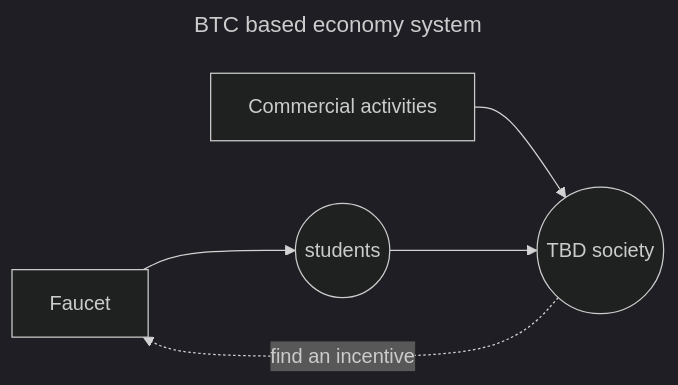
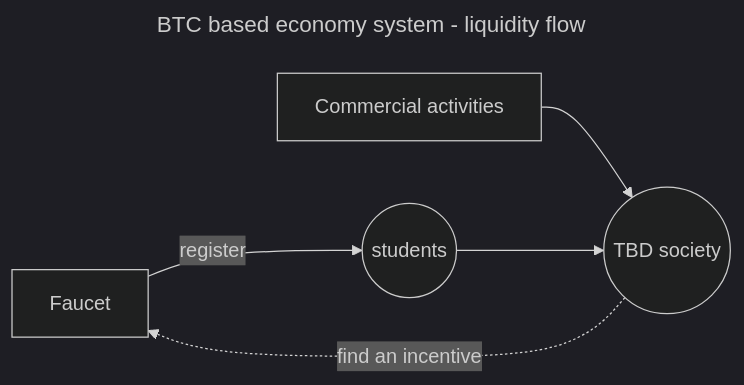
Before and after one commit to cromatikap/coin-society: the diagram in README.md, drawn with Mermaid (dark theme).

````diff
--- a/README.md
+++ b/README.md
@@ -32,10 +32,10 @@
 ```mermaid
 ---
-title: BTC based economy system
+title: BTC based economy system - liquidity flow
 ---
 flowchart LR
-    Faucet --> Students((students))
+    Faucet --register--> Students((students))
     Commercial[Commercial activities] --> TBDsociety
     Students --> TBDsociety((TBD society))
     TBDsociety -.find an incentive.-> Faucet
 ```
````
